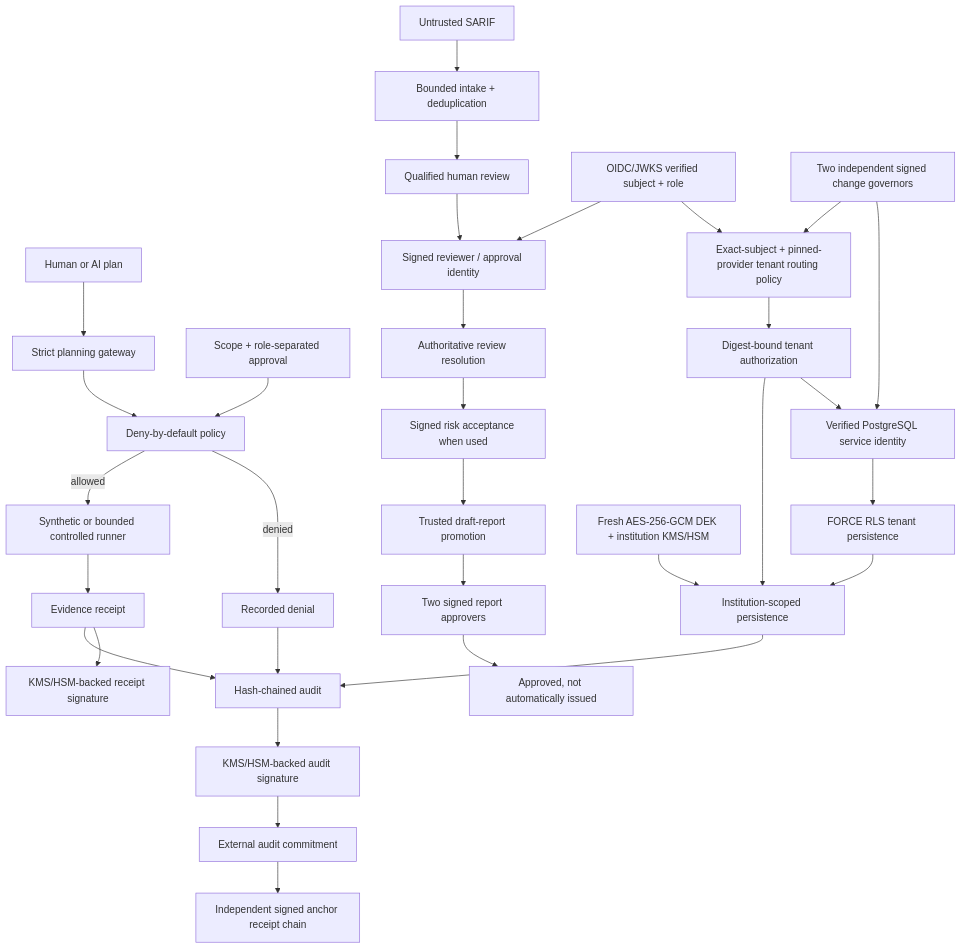
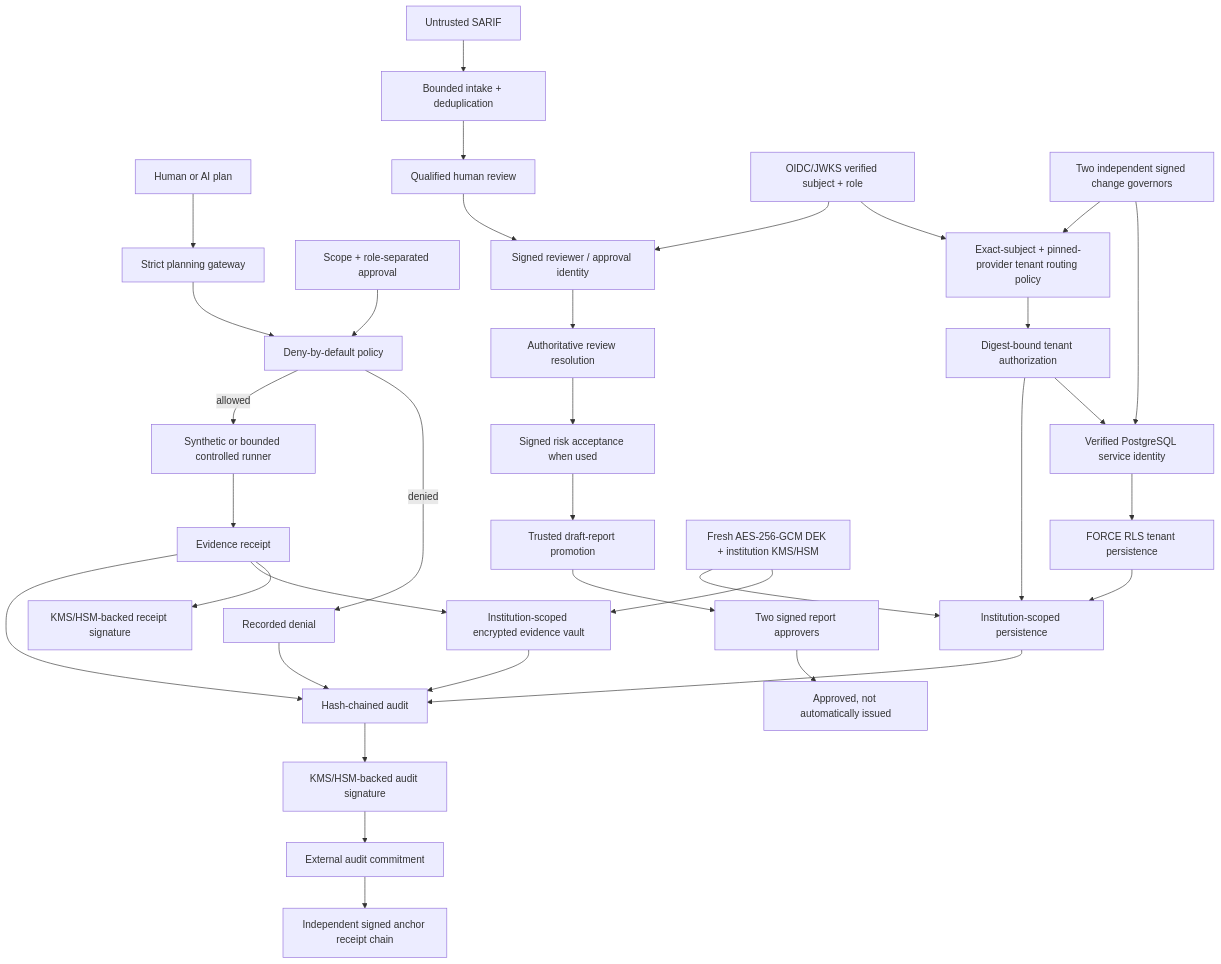
The diagram in README.md (bilgekayali/finredops), drawn with Mermaid before and after one commit. The commit also changed other lines of this file and 15 other files, not shown here.

First line of the commit message:
feat: FinRedOps v0.9.0 encrypted evidence vault lifecycle (#22)

````diff
--- a/README.md
+++ b/README.md
@@ -49,34 +48,37 @@
 ```mermaid
 flowchart TD
     A["Human or AI plan"] --> B["Strict planning gateway"]
     B --> C["Deny-by-default policy"]
     D["Scope + role-separated approval"] --> C
     C -->|allowed| E["Synthetic or bounded controlled runner"]
     C -->|denied| F["Recorded denial"]
     E --> G["Evidence receipt"]
     F --> H["Hash-chained audit"]
     G --> H
+    G --> VV["Institution-scoped encrypted evidence vault"]
     I["Untrusted SARIF"] --> J["Bounded intake + deduplication"]
     J --> K["Qualified human review"]
     O["OIDC/JWKS verified subject + role"] --> L["Signed reviewer / approval identity"]
     K --> L
     L --> N["Authoritative review resolution"]
     N --> R["Signed risk acceptance when used"]
     R --> M["Trusted draft-report promotion"]
     M --> P["Two signed report approvers"]
     P --> Q["Approved, not automatically issued"]
     O --> W["Exact-subject + pinned-provider tenant routing policy"]
     CC["Two independent signed change governors"] --> W
     W --> X["Digest-bound tenant authorization"]
     X --> S["Institution-scoped persistence"]
     X --> Y["Verified PostgreSQL service identity"]
     CC --> Y
     Y --> Z["FORCE RLS tenant persistence"]
     Z --> S
     S --> H
     T["Fresh AES-256-GCM DEK + institution KMS/HSM"] --> S
+    T --> VV
+    VV --> H
     H --> U["KMS/HSM-backed audit signature"]
     U --> AA["External audit commitment"]
     AA --> AB["Independent signed anchor receipt chain"]
     G --> V["KMS/HSM-backed receipt signature"]
 ```
````
